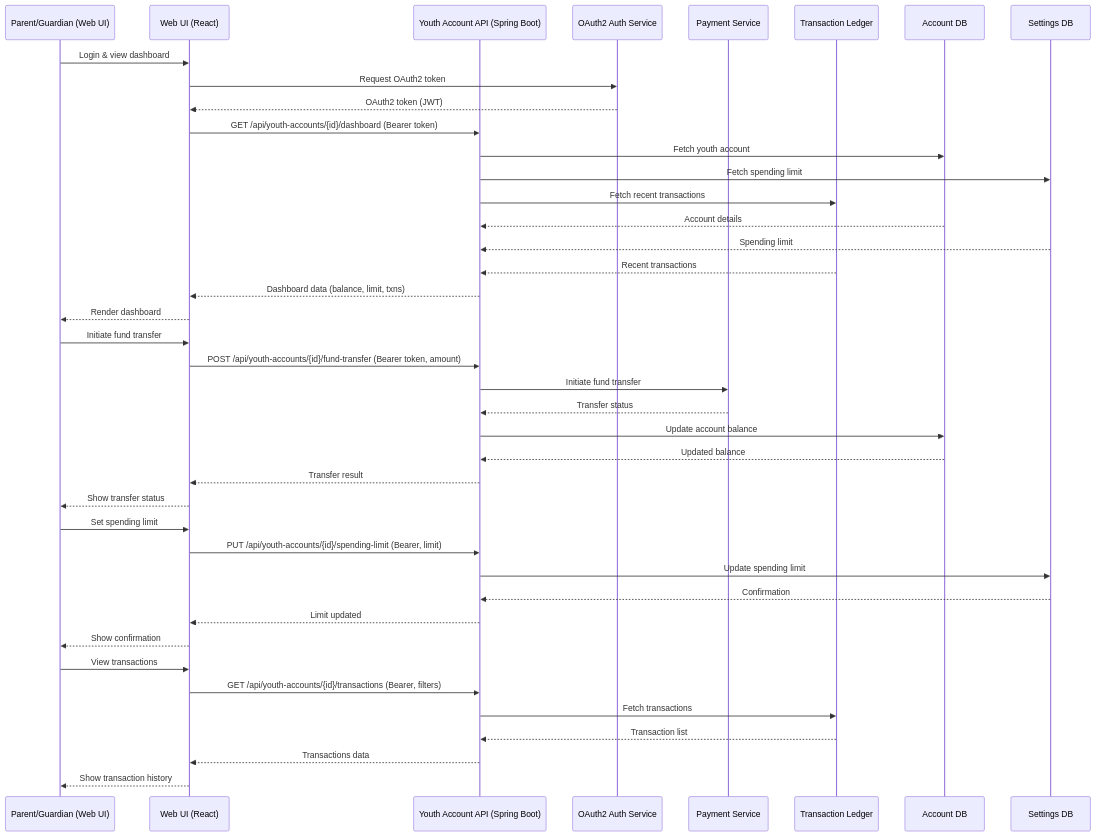
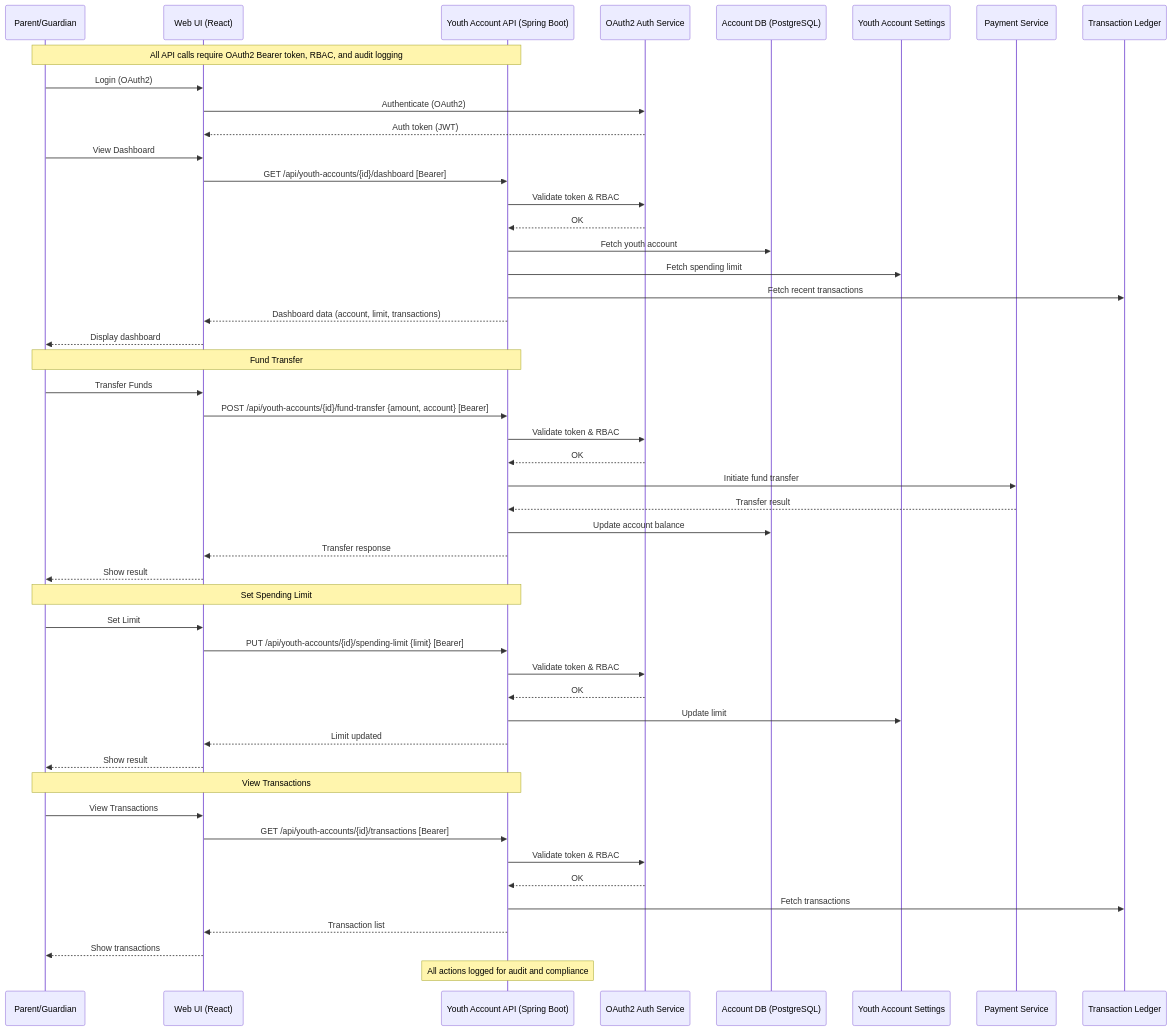
The diagram in Components and Sequence Diagrams/sequence_diagram.mmd (Ascend-Krithi/SCIB-Inception), drawn with Mermaid before and after one commit. The commit also changed 1 other file, not shown here.

```diff
--- a/Components and Sequence Diagrams/sequence_diagram.mmd
+++ b/Components and Sequence Diagrams/sequence_diagram.mmd
@@ -1,50 +1,50 @@
-%% Sequence Diagram for Youth Account Management (Mermaid)
+%% Sequence Diagram for Parent-Managed Youth Account Management (Mermaid)
 sequenceDiagram
-    participant Parent as Parent/Guardian (Web UI)
-    participant UI as Web UI (React)
+    participant Parent as Parent/Guardian
+    participant WebApp as Web UI (React)
     participant API as Youth Account API (Spring Boot)
     participant Auth as OAuth2 Auth Service
+    participant DB as Account DB (PostgreSQL)
+    participant Settings as Youth Account Settings
     participant Payment as Payment Service
     participant Ledger as Transaction Ledger
-    participant DB as Account DB
-    participant Settings as Settings DB
-
-    %% Dashboard Retrieval
-    Parent->>UI: Login & view dashboard
-    UI->>Auth: Request OAuth2 token
-    Auth-->>UI: OAuth2 token (JWT)
-    UI->>API: GET /api/youth-accounts/{id}/dashboard (Bearer token)
+    Note over Parent,API: All API calls require OAuth2 Bearer token, RBAC, and audit logging
+    Parent->>WebApp: Login (OAuth2)
+    WebApp->>Auth: Authenticate (OAuth2)
+    Auth-->>WebApp: Auth token (JWT)
+    Parent->>WebApp: View Dashboard
+    WebApp->>API: GET /api/youth-accounts/{id}/dashboard [Bearer]
+    API->>Auth: Validate token & RBAC
+    Auth-->>API: OK
     API->>DB: Fetch youth account
     API->>Settings: Fetch spending limit
     API->>Ledger: Fetch recent transactions
-    DB-->>API: Account details
-    Settings-->>API: Spending limit
-    Ledger-->>API: Recent transactions
-    API-->>UI: Dashboard data (balance, limit, txns)
-    UI-->>Parent: Render dashboard
-
-    %% Fund Transfer
-    Parent->>UI: Initiate fund transfer
-    UI->>API: POST /api/youth-accounts/{id}/fund-transfer (Bearer token, amount)
+    API-->>WebApp: Dashboard data (account, limit, transactions)
+    WebApp-->>Parent: Display dashboard
+    Note over Parent,API: Fund Transfer
+    Parent->>WebApp: Transfer Funds
+    WebApp->>API: POST /api/youth-accounts/{id}/fund-transfer {amount, account} [Bearer]
+    API->>Auth: Validate token & RBAC
+    Auth-->>API: OK
     API->>Payment: Initiate fund transfer
-    Payment-->>API: Transfer status
+    Payment-->>API: Transfer result
     API->>DB: Update account balance
-    DB-->>API: Updated balance
-    API-->>UI: Transfer result
-    UI-->>Parent: Show transfer status
-
-    %% Set Spending Limit
-    Parent->>UI: Set spending limit
-    UI->>API: PUT /api/youth-accounts/{id}/spending-limit (Bearer, limit)
-    API->>Settings: Update spending limit
-    Settings-->>API: Confirmation
-    API-->>UI: Limit updated
-    UI-->>Parent: Show confirmation
-
-    %% View Transaction History
-    Parent->>UI: View transactions
-    UI->>API: GET /api/youth-accounts/{id}/transactions (Bearer, filters)
+    API-->>WebApp: Transfer response
+    WebApp-->>Parent: Show result
+    Note over Parent,API: Set Spending Limit
+    Parent->>WebApp: Set Limit
+    WebApp->>API: PUT /api/youth-accounts/{id}/spending-limit {limit} [Bearer]
+    API->>Auth: Validate token & RBAC
+    Auth-->>API: OK
+    API->>Settings: Update limit
+    API-->>WebApp: Limit updated
+    WebApp-->>Parent: Show result
+    Note over Parent,API: View Transactions
+    Parent->>WebApp: View Transactions
+    WebApp->>API: GET /api/youth-accounts/{id}/transactions [Bearer]
+    API->>Auth: Validate token & RBAC
+    Auth-->>API: OK
     API->>Ledger: Fetch transactions
-    Ledger-->>API: Transaction list
-    API-->>UI: Transactions data
-    UI-->>Parent: Show transaction history
+    API-->>WebApp: Transaction list
+    WebApp-->>Parent: Show transactions
+    Note over API: All actions logged for audit and compliance
```
